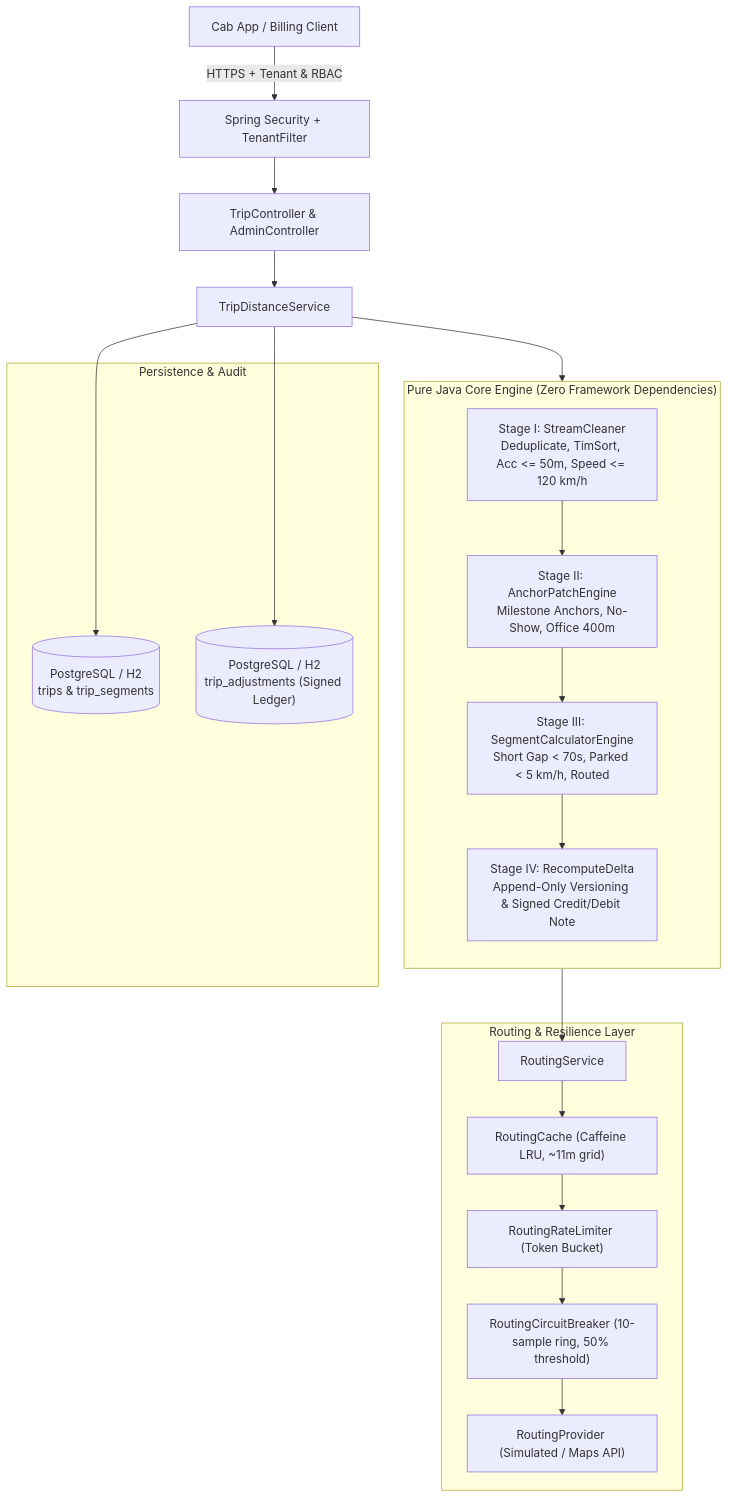
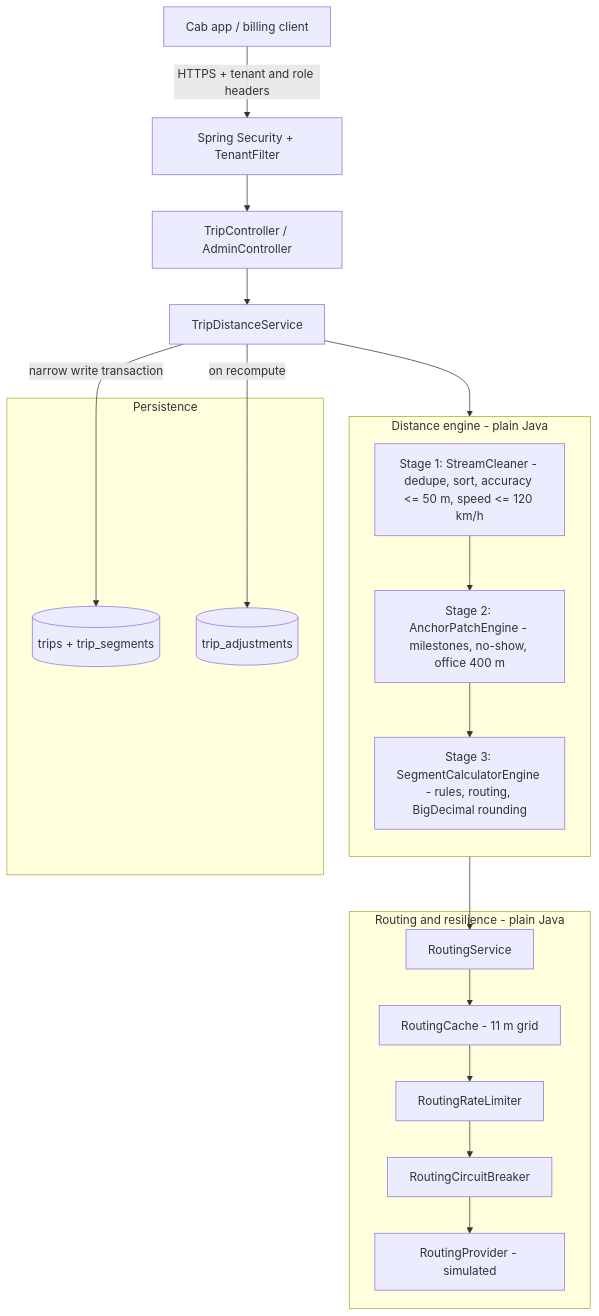
The first of 3 diagrams in DESIGN.md (kamran-asif/GPS-Gap-Backfill-Billable-Distance-Reconstruction), drawn with Mermaid before and after one commit. The commit also changed other lines of this file and 1 other file, not shown here.

Commit message:
docs: align DESIGN.md with code (rule order, schema, idempotency, error codes); document X-Idempotency-Key

````diff
--- a/DESIGN.md
+++ b/DESIGN.md
@@ -21,34 +20,28 @@
 ```mermaid
 flowchart TD
-    Client["Cab App / Billing Client"] -->|HTTPS + Tenant & RBAC| Gateway["Spring Security + TenantFilter"]
-    Gateway --> TripCtrl["TripController & AdminController"]
-    TripCtrl --> TripSvc["TripDistanceService"]
+    Client["Cab app / billing client"] -->|"HTTPS + tenant and role headers"| Gateway["Spring Security + TenantFilter"]
+    Gateway --> Ctrl["TripController / AdminController"]
+    Ctrl --> Svc["TripDistanceService"]
 
-    subgraph PureJavaCore ["Pure Java Core Engine (Zero Framework Dependencies)"]
+    subgraph Core["Distance engine - plain Java"]
         direction TB
-        Stage1["Stage I: StreamCleaner<br/>Deduplicate, TimSort, Acc <= 50m, Speed <= 120 km/h"]
-        Stage2["Stage II: AnchorPatchEngine<br/>Milestone Anchors, No-Show, Office 400m"]
-        Stage3["Stage III: SegmentCalculatorEngine<br/>Short Gap < 70s, Parked < 5 km/h, Routed"]
-        Stage4["Stage IV: RecomputeDelta<br/>Append-Only Versioning & Signed Credit/Debit Note"]
-        Stage1 --> Stage2 --> Stage3 --> Stage4
+        S1["Stage 1: StreamCleaner - dedupe, sort, accuracy <= 50 m, speed <= 120 km/h"]
+        S2["Stage 2: AnchorPatchEngine - milestones, no-show, office 400 m"]
+        S3["Stage 3: SegmentCalculatorEngine - rules, routing, BigDecimal rounding"]
+        S1 --> S2 --> S3
     end
 
-    subgraph RoutingResilience ["Routing & Resilience Layer"]
-        RoutingSvc["RoutingService"]
-        GridCache["RoutingCache (Caffeine LRU, ~11m grid)"]
-        RateLimiter["RoutingRateLimiter (Token Bucket)"]
-        CircuitBreaker["RoutingCircuitBreaker (10-sample ring, 50% threshold)"]
-        Provider["RoutingProvider (Simulated / Maps API)"]
-        RoutingSvc --> GridCache --> RateLimiter --> CircuitBreaker --> Provider
+    subgraph Routing["Routing and resilience - plain Java"]
+        RS["RoutingService"] --> RC["RoutingCache - 11 m grid"] --> RL["RoutingRateLimiter"] --> CB["RoutingCircuitBreaker"] --> RP["RoutingProvider - simulated"]
     end
 
-    subgraph Persistence ["Persistence & Audit"]
-        TripRepo[("PostgreSQL / H2<br/>trips & trip_segments")]
-        AdjRepo[("PostgreSQL / H2<br/>trip_adjustments (Signed Ledger)")]
+    subgraph Store["Persistence"]
+        T[("trips + trip_segments")]
+        A[("trip_adjustments")]
     end
 
-    TripSvc --> PureJavaCore
-    Stage3 --> RoutingSvc
-    TripSvc --> TripRepo
-    TripSvc --> AdjRepo
+    Svc --> Core
+    S3 --> RS
+    Svc -->|"narrow write transaction"| T
+    Svc -->|"on recompute"| A
 ```
````
